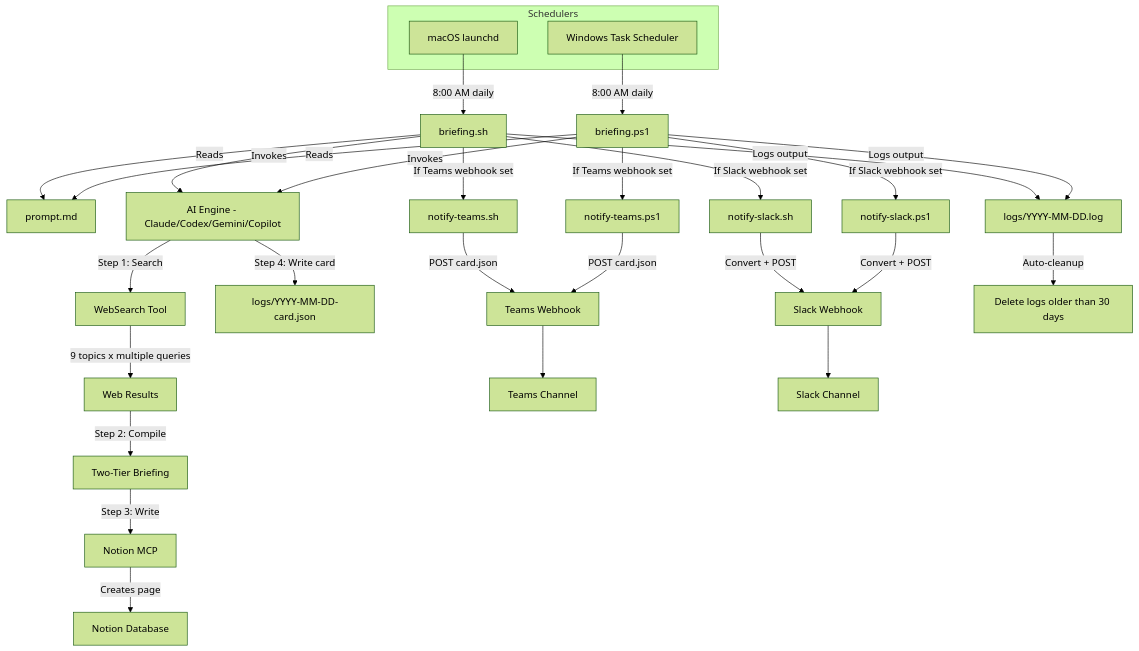
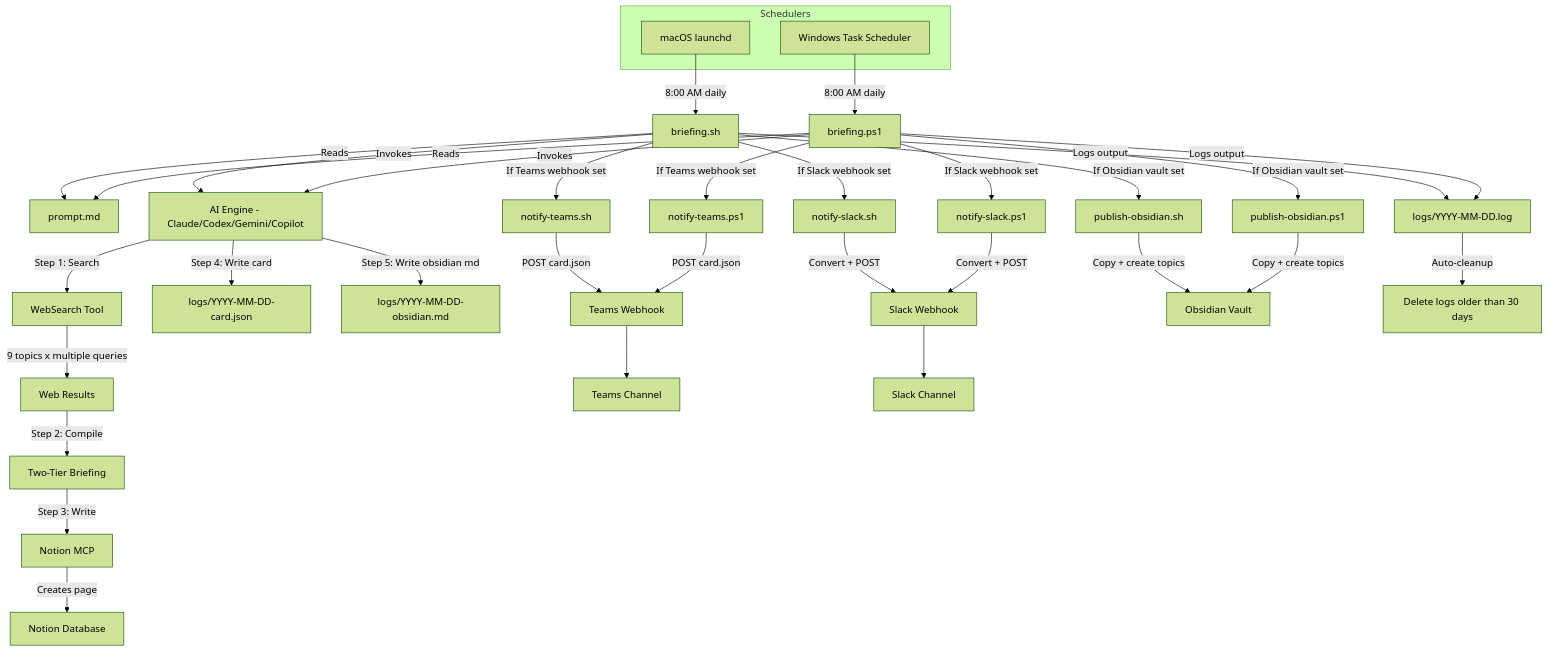
Before and after one commit to hoangsonww/ai-news-briefing: the first of 3 diagrams in README.md, drawn with Mermaid (forest theme). The commit also changed other lines of this file and 22 other files, not shown here.

````diff
--- a/README.md
+++ b/README.md
@@ -54,40 +55,46 @@
 ```mermaid
 flowchart TD
     subgraph Schedulers
         A1[macOS launchd]
         A2[Windows Task Scheduler]
     end
 
     A1 -->|8:00 AM daily| B1[briefing.sh]
     A2 -->|8:00 AM daily| B2[briefing.ps1]
 
     B1 -->|Reads| C[prompt.md]
     B2 -->|Reads| C
 
     B1 -->|Invokes| D[AI Engine - Claude/Codex/Gemini/Copilot]
     B2 -->|Invokes| D
 
     D -->|Step 1: Search| E[WebSearch Tool]
     E -->|9 topics x multiple queries| F[Web Results]
     F -->|Step 2: Compile| G[Two-Tier Briefing]
     G -->|Step 3: Write| H[Notion MCP]
     H -->|Creates page| I[Notion Database]
 
     D -->|Step 4: Write card| J2[logs/YYYY-MM-DD-card.json]
+    D -->|Step 5: Write obsidian md| J3[logs/YYYY-MM-DD-obsidian.md]
 
     B1 -->|If Teams webhook set| T[notify-teams.sh]
     B2 -->|If Teams webhook set| T2[notify-teams.ps1]
     T -->|POST card.json| V[Teams Webhook]
     T2 -->|POST card.json| V
     V --> W[Teams Channel]
 
     B1 -->|If Slack webhook set| S1[notify-slack.sh]
     B2 -->|If Slack webhook set| S2[notify-slack.ps1]
     S1 -->|Convert + POST| SV[Slack Webhook]
     S2 -->|Convert + POST| SV
     SV --> SW[Slack Channel]
 
+    B1 -->|If Obsidian vault set| OB1[publish-obsidian.sh]
+    B2 -->|If Obsidian vault set| OB2[publish-obsidian.ps1]
+    OB1 -->|Copy + create topics| OBV[Obsidian Vault]
+    OB2 -->|Copy + create topics| OBV
+
     B1 -->|Logs output| J[logs/YYYY-MM-DD.log]
     B2 -->|Logs output| J
     J -->|Auto-cleanup| K[Delete logs older than 30 days]
 ```
````
